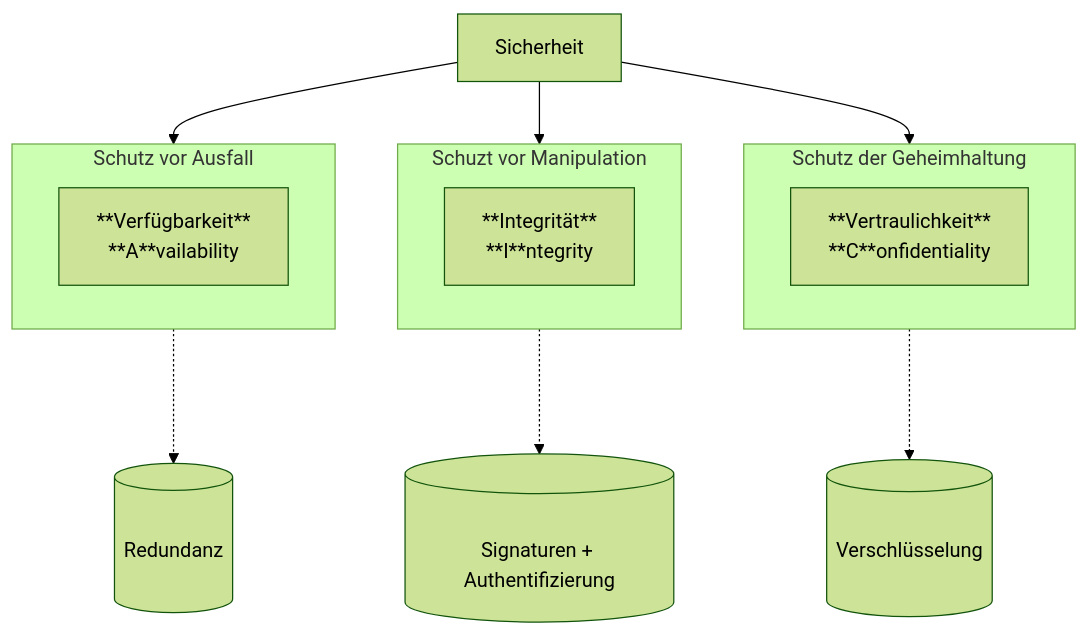
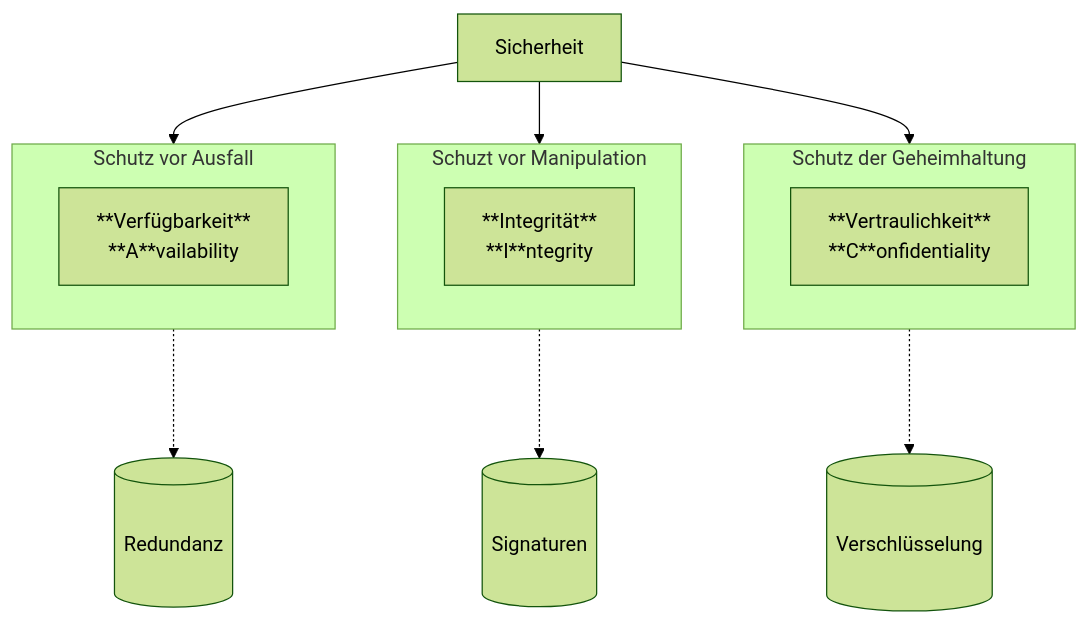
One commit to johannesloetzsch/LF4 changed the second of 3 diagrams in src/datensicherheit.md. Above: the diagram before and after it, drawn with Mermaid (forest theme). The commit also changed 2 other files, not shown here.

Commit message:
minor edits

````diff
--- a/src/datensicherheit.md
+++ b/src/datensicherheit.md
@@ -30,15 +30,15 @@
 ```mermaid
 flowchart TB
   subgraph Vertraulichkeit[Schutz der Geheimhaltung]
     c[**Vertraulichkeit**<br/>**C**onfidentiality]
   end
   subgraph Integrität[Schuzt vor Manipulation]
     i[**Integrität**<br/>**I**ntegrity]
   end
   subgraph Verfügbarkeit[Schutz vor Ausfall]
     a[**Verfügbarkeit**<br/>**A**vailability]
   end
   Sicherheit --> Verfügbarkeit -..-> r[(&nbsp;<br>Redundanz<br>&nbsp;)]
-  Sicherheit --> Integrität -..-> s[(&nbsp;<br>Signaturen + Authentifizierung)]
+  Sicherheit --> Integrität -..-> s[(&nbsp;<br>Signaturen<br>&nbsp;)]
   Sicherheit --> Vertraulichkeit -..-> v[(&nbsp;<br>Verschlüsselung<br>&nbsp;)]
 ```
````
